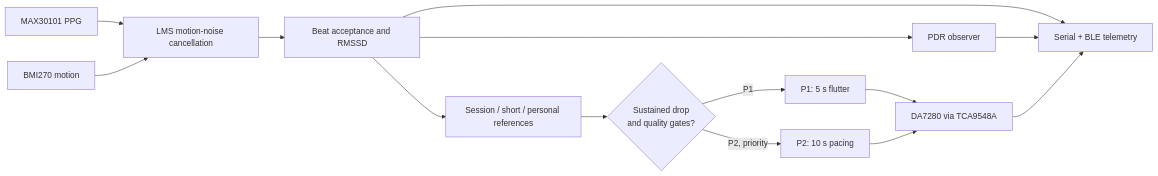
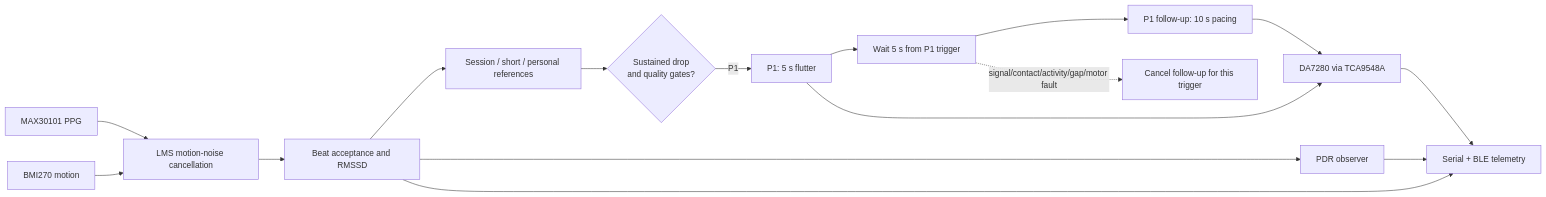
One commit to rohanbaichwal1-rgb/Sutra changed the first of 3 diagrams in docs/README.md. Above: the diagram before and after it, drawn with Mermaid. The commit also changed other lines of this file and 21 other files, not shown here.

````diff
--- a/docs/README.md
+++ b/docs/README.md
@@ -22,16 +22,18 @@
 ```mermaid
 flowchart LR
     PPG[MAX30101 PPG] --> Clean[LMS motion-noise cancellation]
     IMU[BMI270 motion] --> Clean
     Clean --> Beat[Beat acceptance and RMSSD]
     Beat --> Ref[Session / short / personal references]
     Beat --> PDR[PDR observer]
     Ref --> Trigger{Sustained drop<br/>and quality gates?}
     Trigger -- P1 --> Flutter[P1: 5 s flutter]
-    Trigger -- P2, priority --> Sweep[P2: 10 s pacing]
+    Flutter --> Delay[Wait 5 s from P1 trigger]
+    Delay --> Sweep[P1 follow-up: 10 s pacing]
+    Delay -. signal/contact/activity/gap/motor fault .-> Cancel[Cancel follow-up for this trigger]
     Flutter --> Driver[DA7280 via TCA9548A]
     Sweep --> Driver
     Beat --> Report[Serial + BLE telemetry]
     PDR --> Report
     Driver --> Report
 ```
````
